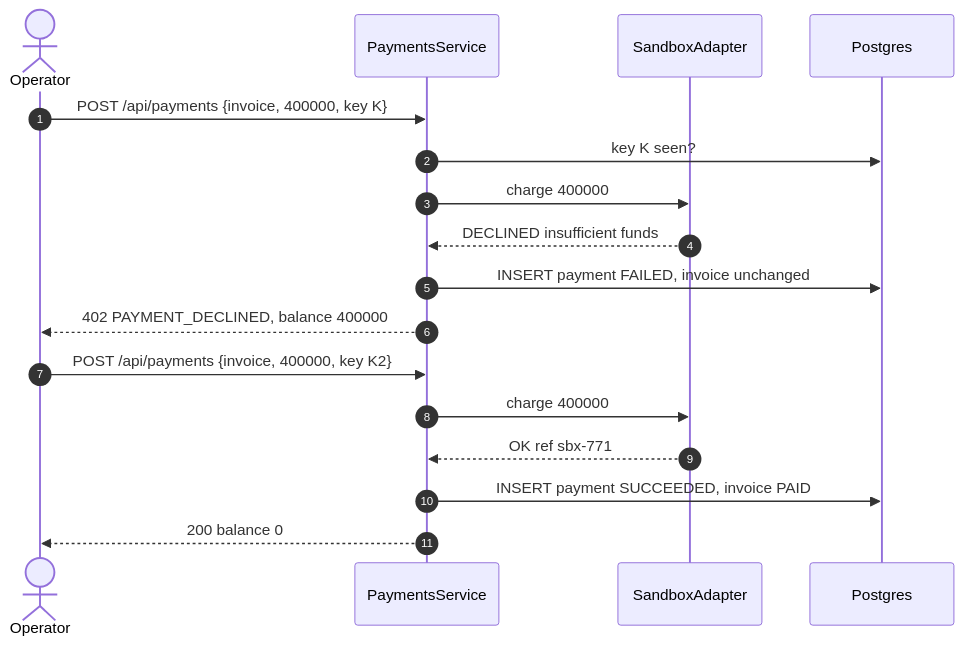
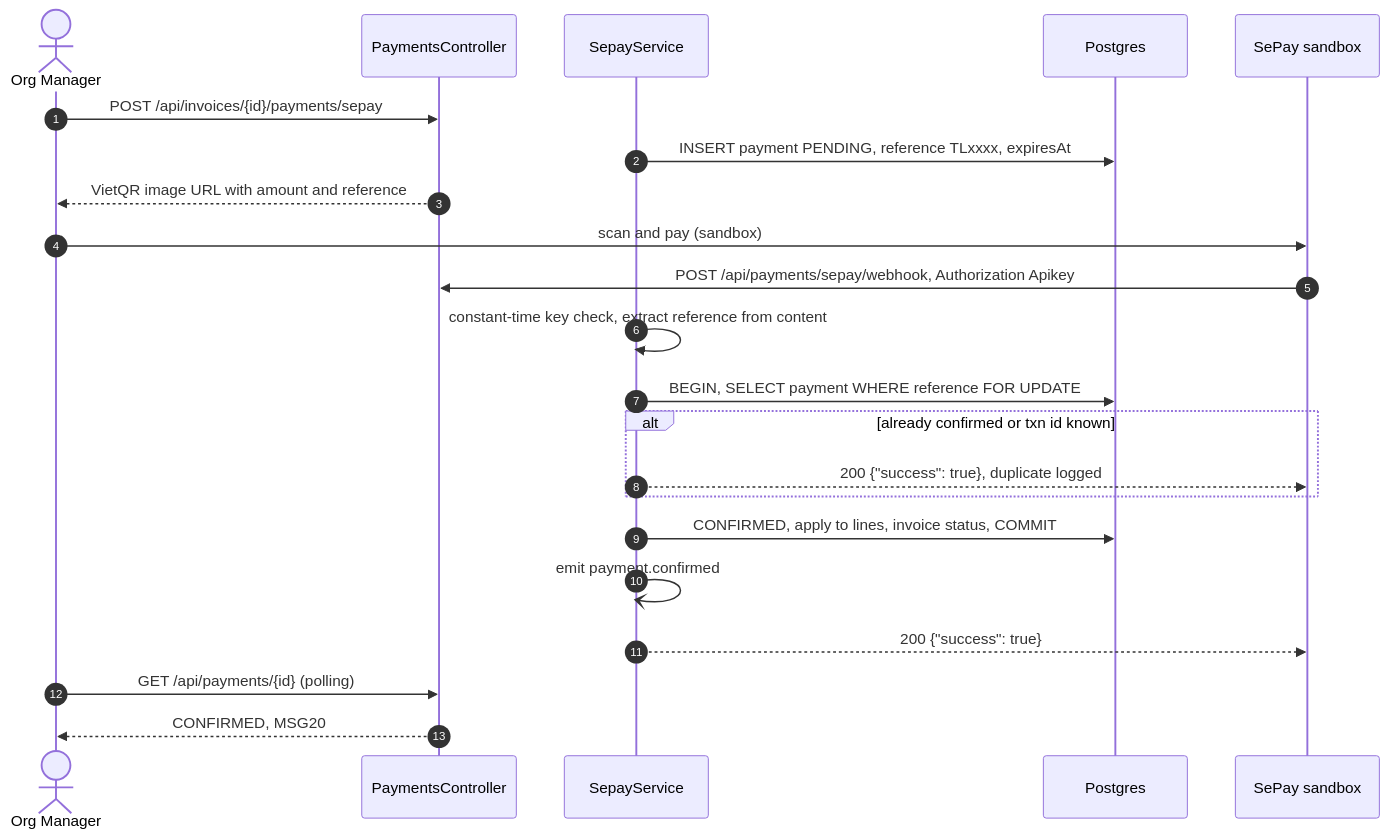
One commit to TrekLink-Team/treklink-web changed the second of 2 diagrams in specs/billing/design.md. Above: the diagram before and after it, drawn with Mermaid. The commit also changed other lines of this file and 367 other files, not shown here.

First line of the commit message:
docs: rewrite the module specs and schema from the rescoped SRS

````diff
--- a/specs/billing/design.md
+++ b/specs/billing/design.md
@@ -206,19 +62,24 @@
 ```mermaid
 sequenceDiagram
     autonumber
-    actor O as Operator
-    participant P as PaymentsService
-    participant S as SandboxAdapter
+    actor M as Org Manager
+    participant API as PaymentsController
+    participant S as SepayService
     participant DB as Postgres
-    O->>P: POST /api/payments {invoice, 400000, key K}
-    P->>DB: key K seen?
-    P->>S: charge 400000
-    S-->>P: DECLINED insufficient funds
-    P->>DB: INSERT payment FAILED, invoice unchanged
-    P-->>O: 402 PAYMENT_DECLINED, balance 400000
-    O->>P: POST /api/payments {invoice, 400000, key K2}
-    P->>S: charge 400000
-    S-->>P: OK ref sbx-771
-    P->>DB: INSERT payment SUCCEEDED, invoice PAID
-    P-->>O: 200 balance 0
+    participant SP as SePay sandbox
+    M->>API: POST /api/invoices/{id}/payments/sepay
+    S->>DB: INSERT payment PENDING, reference TLxxxx, expiresAt
+    API-->>M: VietQR image URL with amount and reference
+    M->>SP: scan and pay (sandbox)
+    SP->>API: POST /api/payments/sepay/webhook, Authorization Apikey
+    S->>S: constant-time key check, extract reference from content
+    S->>DB: BEGIN, SELECT payment WHERE reference FOR UPDATE
+    alt already confirmed or txn id known
+        S-->>SP: 200 {"success": true}, duplicate logged
+    end
+    S->>DB: CONFIRMED, apply to lines, invoice status, COMMIT
+    S-)S: emit payment.confirmed
+    S-->>SP: 200 {"success": true}
+    M->>API: GET /api/payments/{id} (polling)
+    API-->>M: CONFIRMED, MSG20
 ```
````
